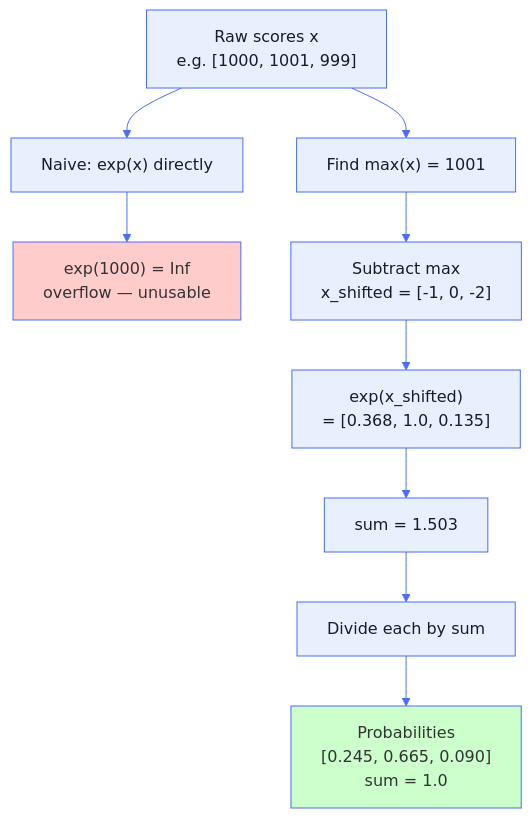
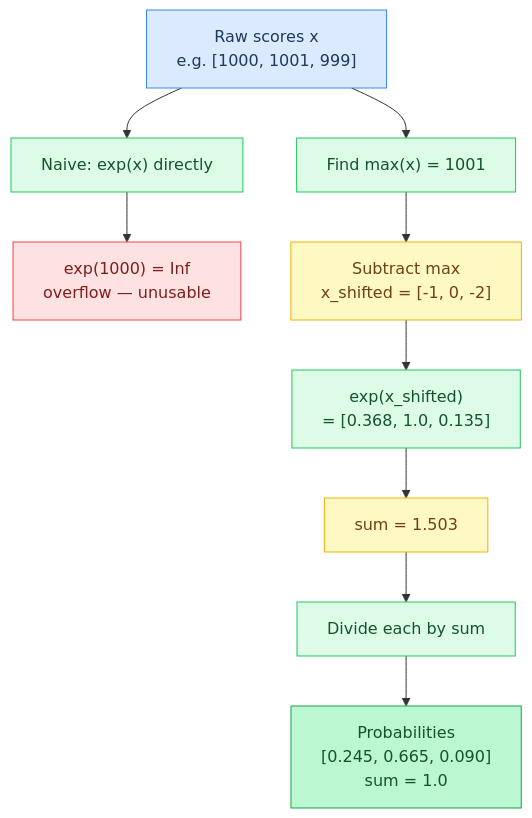
One commit to maci0/agave changed the fourth of 8 diagrams in docs/tutorial/appendix-math.md. Above: the diagram before and after it, drawn with Mermaid. The commit also changed other lines of this file and 24 other files, not shown here.

First line of the commit message:
docs: convert all mermaid diagrams to classDef semantic colors

````diff
--- a/docs/tutorial/appendix-math.md
+++ b/docs/tutorial/appendix-math.md
@@ -301,31 +295,29 @@
 ```mermaid
-%%{init: {'theme': 'base', 'themeVariables': {
-  'primaryColor': '#e8f0fe',
-  'primaryTextColor': '#1a1a2e',
-  'primaryBorderColor': '#4a6cf7',
-  'lineColor': '#4a6cf7',
-  'secondaryColor': '#f0f4ff',
-  'tertiaryColor': '#f8f9ff',
-  'edgeLabelBackground': '#ffffff',
-  'clusterBkg': '#f0f4ff',
-  'clusterBorder': '#4a6cf7',
-  'titleColor': '#1a1a2e',
-  'nodeTextColor': '#1a1a2e',
-  'fontFamily': 'ui-monospace, SFMono-Regular, monospace'
-}}}%%
 flowchart TD
-    Input["Raw scores x\ne.g. [1000, 1001, 999]"]
+    classDef setup     fill:#dbeafe,stroke:#3b82f6,color:#1e3a5f
+    classDef sync      fill:#dcfce7,stroke:#22c55e,color:#14532d
+    classDef migration fill:#fef9c3,stroke:#eab308,color:#713f12
+    classDef success   fill:#bbf7d0,stroke:#16a34a,color:#14532d
+    classDef danger    fill:#fee2e2,stroke:#ef4444,color:#7f1d1d
+    classDef optional  fill:#f3e8ff,stroke:#9333ea,color:#581c87
 
-    Input --> Naive["Naive: exp(x) directly"]
-    Naive --> Overflow["exp(1000) = Inf\noverflow — unusable"]
+    Input["Raw scores x\ne.g. [1000, 1001, 999]"]:::setup
+    Naive["Naive: exp(x) directly"]:::sync
+    Overflow["exp(1000) = Inf\noverflow — unusable"]:::danger
+    FindMax["Find max(x) = 1001"]:::sync
+    Shift["Subtract max\nx_shifted = [-1, 0, -2]"]:::migration
+    ExpSafe["exp(x_shifted)\n= [0.368, 1.0, 0.135]"]:::sync
+    Sum["sum = 1.503"]:::migration
+    Divide["Divide each by sum"]:::sync
+    Probs["Probabilities\n[0.245, 0.665, 0.090]\nsum = 1.0"]:::success
 
-    Input --> FindMax["Find max(x) = 1001"]
-    FindMax --> Shift["Subtract max\nx_shifted = [-1, 0, -2]"]
-    Shift --> ExpSafe["exp(x_shifted)\n= [0.368, 1.0, 0.135]"]
-    ExpSafe --> Sum["sum = 1.503"]
-    Sum --> Divide["Divide each by sum"]
-    Divide --> Probs["Probabilities\n[0.245, 0.665, 0.090]\nsum = 1.0"]
+    Input --> Naive
+    Naive --> Overflow
 
-    style Overflow fill:#ffcccc,color:#333
-    style Probs fill:#ccffcc,color:#333
+    Input --> FindMax
+    FindMax --> Shift
+    Shift --> ExpSafe
+    ExpSafe --> Sum
+    Sum --> Divide
+    Divide --> Probs
 ```
````
